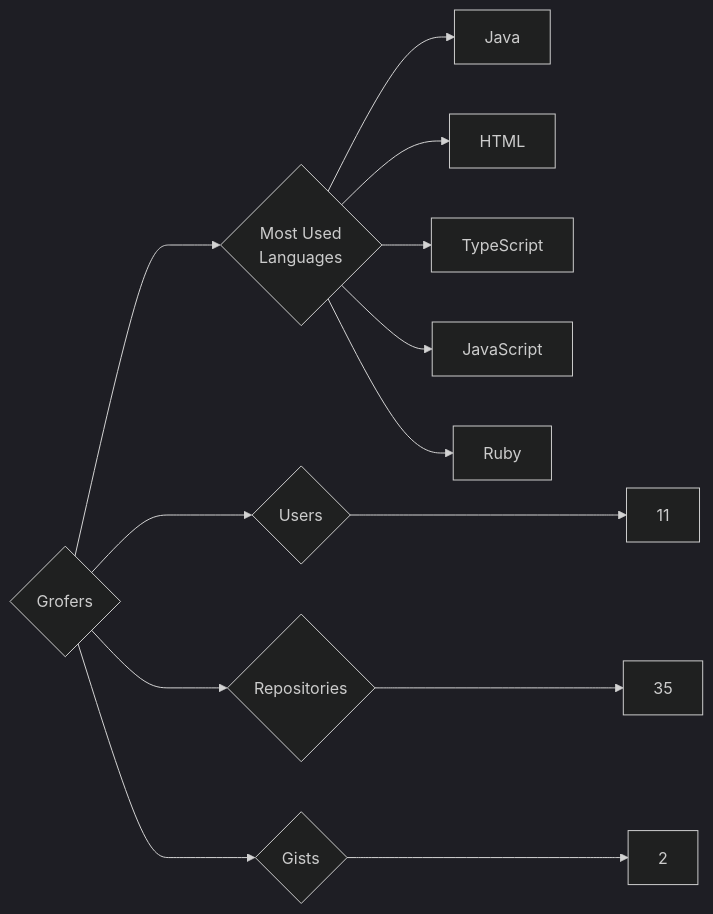
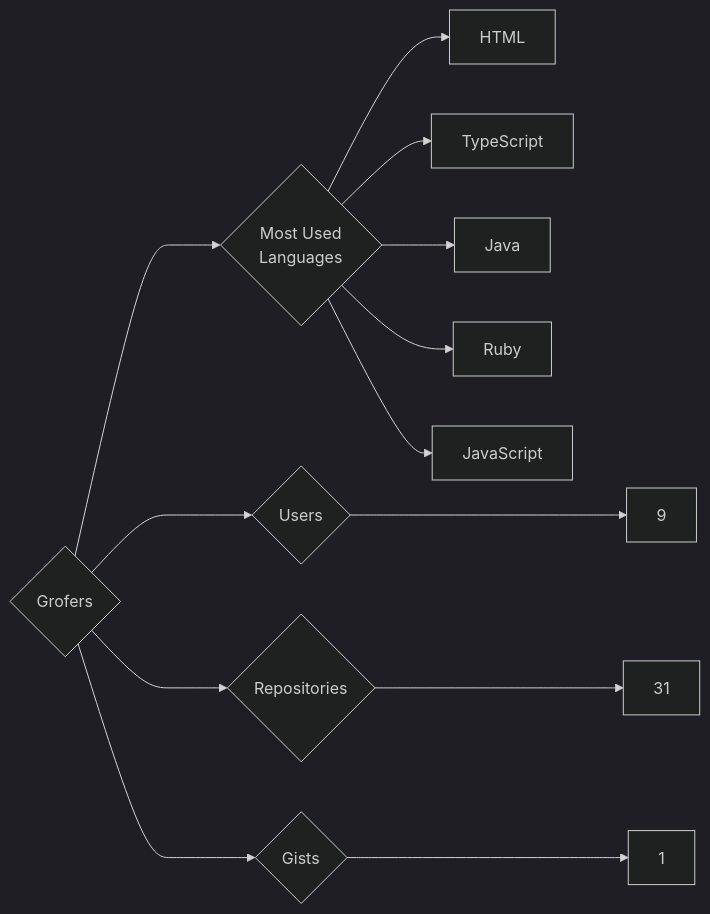
The diagram in targets/Grofers/README.md (trickest/insiders), drawn with Mermaid (dark theme) before and after one commit. The commit also changed 988 other files, not shown here.

````diff
--- a/targets/Grofers/README.md
+++ b/targets/Grofers/README.md
@@ -3,13 +3,13 @@
 ```mermaid
 graph LR
 COMPANY_NAME{Grofers}
-COMPANY_NAME ---> U{Users} ---> UN[11]
-COMPANY_NAME ---> R{Repositories} ---> RN[35]
-COMPANY_NAME ---> G{Gists} ---> GN[2]
+COMPANY_NAME ---> U{Users} ---> UN[9]
+COMPANY_NAME ---> R{Repositories} ---> RN[31]
+COMPANY_NAME ---> G{Gists} ---> GN[1]
 COMPANY_NAME ---> ML{Most Used<br>Languages}
-ML --> Java[Java]
 ML --> HTML[HTML]
 ML --> TypeScript[TypeScript]
+ML --> Java[Java]
+ML --> Ruby[Ruby]
 ML --> JavaScript[JavaScript]
-ML --> Ruby[Ruby]
 ```
````
